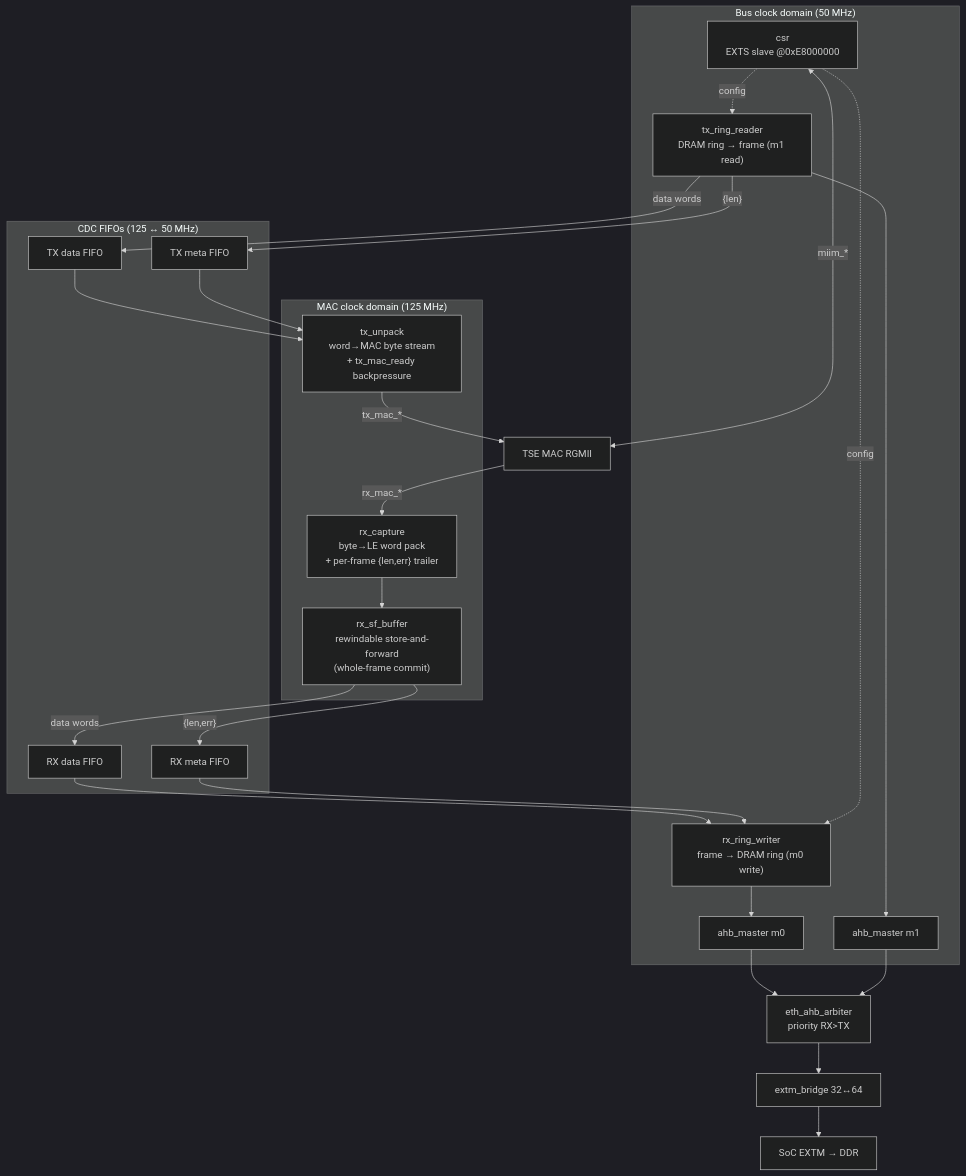
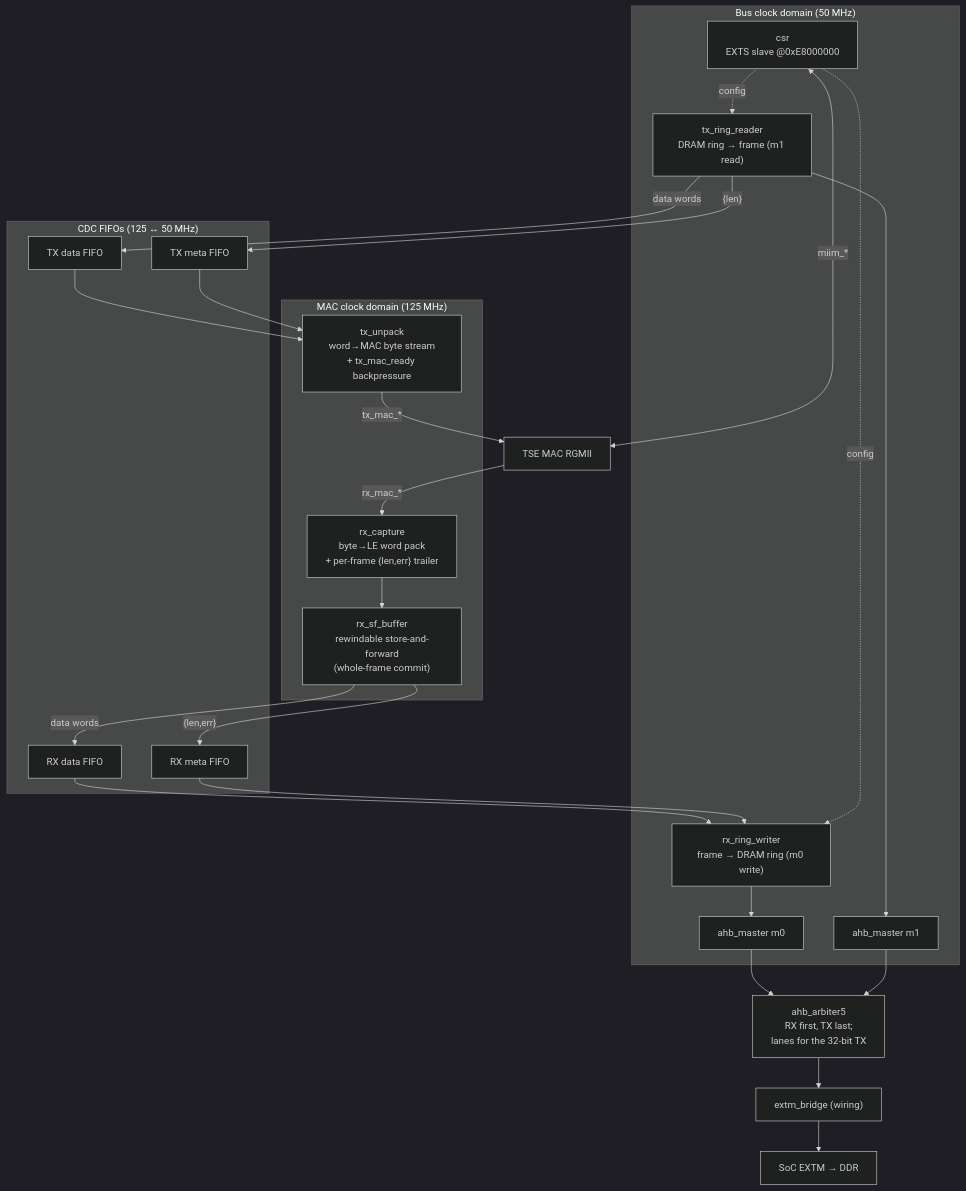
One commit to phoenix367/tang-mega-138K-Pro-demo changed the first of 5 diagrams in doc/05-eth-dma.md. Above: the diagram before and after it, drawn with Mermaid (dark theme). The commit also changed other lines of this file and 16 other files, not shown here.

````diff
--- a/doc/05-eth-dma.md
+++ b/doc/05-eth-dma.md
@@ -11,43 +11,43 @@
 ```mermaid
 graph TB
   subgraph MACDOM["MAC clock domain (125 MHz)"]
     RXCAP["rx_capture<br/>byte→LE word pack<br/>+ per-frame {len,err} trailer"]
     SF["rx_sf_buffer<br/>rewindable store-and-forward<br/>(whole-frame commit)"]
     TXUN["tx_unpack<br/>word→MAC byte stream<br/>+ tx_mac_ready backpressure"]
   end
 
   subgraph CDC["CDC FIFOs (125 ↔ 50 MHz)"]
     RXDF["RX data FIFO"]
     RXMF["RX meta FIFO"]
     TXDF["TX data FIFO"]
     TXMF["TX meta FIFO"]
   end
 
   subgraph BUSDOM["Bus clock domain (50 MHz)"]
     CSR["csr<br/>EXTS slave @0xE8000000"]
     RXW["rx_ring_writer<br/>frame → DRAM ring (m0 write)"]
     TXR["tx_ring_reader<br/>DRAM ring → frame (m1 read)"]
     AM0["ahb_master m0"]
     AM1["ahb_master m1"]
   end
 
-  ARB["eth_ahb_arbiter<br/>priority RX>TX"]
-  BR["extm_bridge 32↔64"]
+  ARB["ahb_arbiter5<br/>RX first, TX last;<br/>lanes for the 32-bit TX"]
+  BR["extm_bridge (wiring)"]
   EXTM["SoC EXTM → DDR"]
   MAC["TSE MAC RGMII"]
 
   MAC -->|"rx_mac_*"| RXCAP --> SF
   SF -->|"data words"| RXDF --> RXW
   SF -->|"{len,err}"| RXMF --> RXW
   RXW --> AM0 --> ARB
   CSR -.config.-> RXW
 
   CSR -.config.-> TXR
   TXR --> AM1 --> ARB
   TXR -->|"data words"| TXDF --> TXUN
   TXR -->|"{len}"| TXMF --> TXUN
   TXUN -->|"tx_mac_*"| MAC
 
   ARB --> BR --> EXTM
   CSR <-->|"miim_*"| MAC
 ```
````
